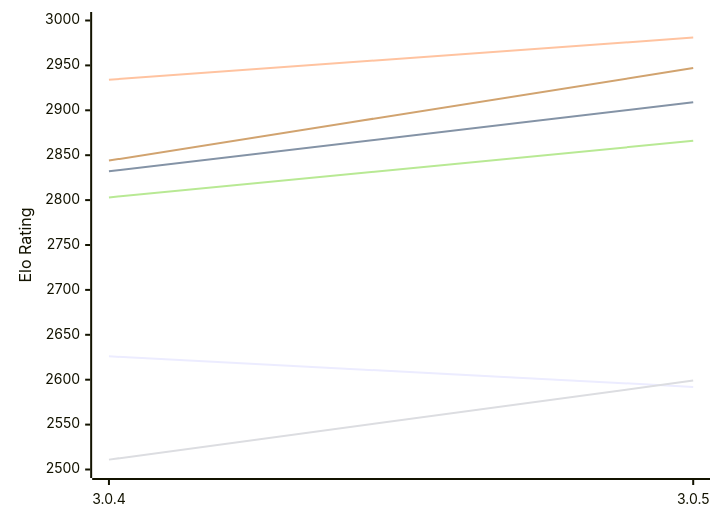
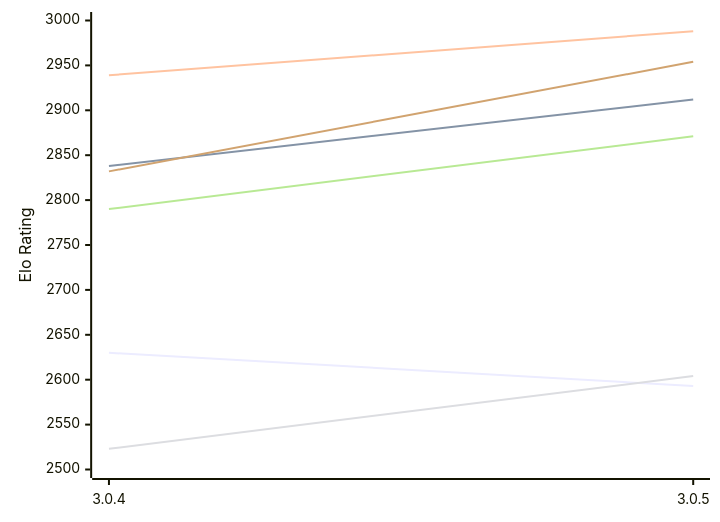
Before and after one commit to computer-chess-index/cci: the first of 2 diagrams in engines/Rudim.md, drawn with Mermaid. The commit also changed other lines of this file, not shown here.

Commit message:
Update CCI Ratings (ELO VLTC) - 2026-11-20

````diff
--- a/engines/Rudim.md
+++ b/engines/Rudim.md
@@ -59,12 +59,12 @@
 ```mermaid
 %%{init: {"theme":"base","themeVariables":{"seriesColors:['#a3a3a3','#222221','#faa371']}}}%%
 xychart-beta
   x-axis ["3.0.4", "3.0.5"]
   y-axis "Elo Rating" 2500 --> 3000
-  line "E1: STC (8.0+0.08s)" [2626, 2592]
-  line "E1: LTC (60.0+0.60s)" [2832, 2909]
-  line "E1: VLTC (2m24s+1.12s)" [2934, 2981]
-  line "P1: STC (8.0+0.08s)" [2511, 2599]
-  line "P1: LTC (60.0+0.60s)" [2803, 2866]
-  line "P1: VLTC (2m24s+1.12s)" [2844, 2947]
+  line "E1: STC (8.0+0.08s)" [2630, 2593]
+  line "E1: LTC (60.0+0.60s)" [2838, 2912]
+  line "E1: VLTC (2m24s+1.12s)" [2939, 2988]
+  line "P1: STC (8.0+0.08s)" [2523, 2604]
+  line "P1: LTC (60.0+0.60s)" [2790, 2871]
+  line "P1: VLTC (2m24s+1.12s)" [2832, 2954]
 ```
````
